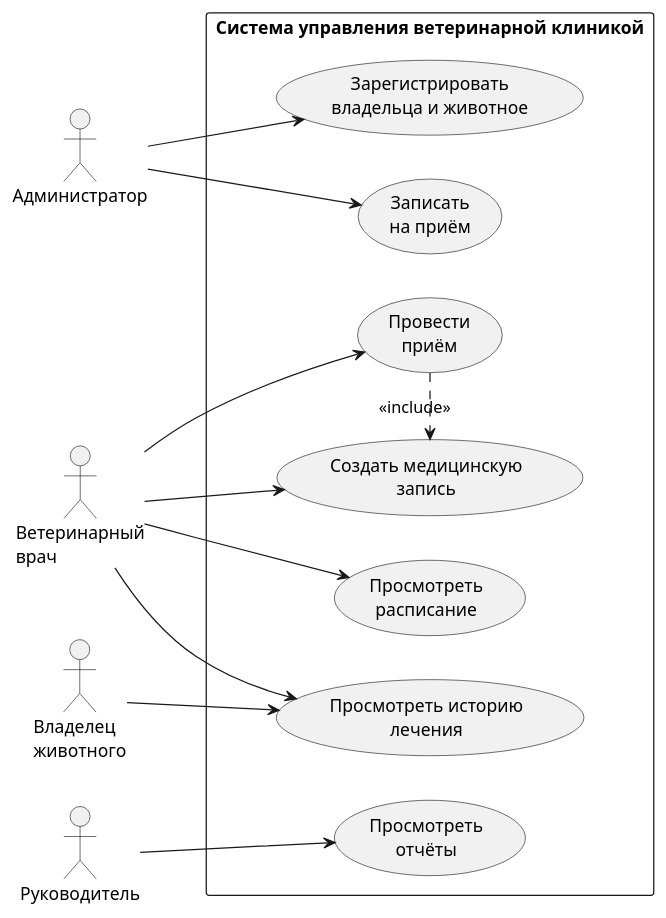
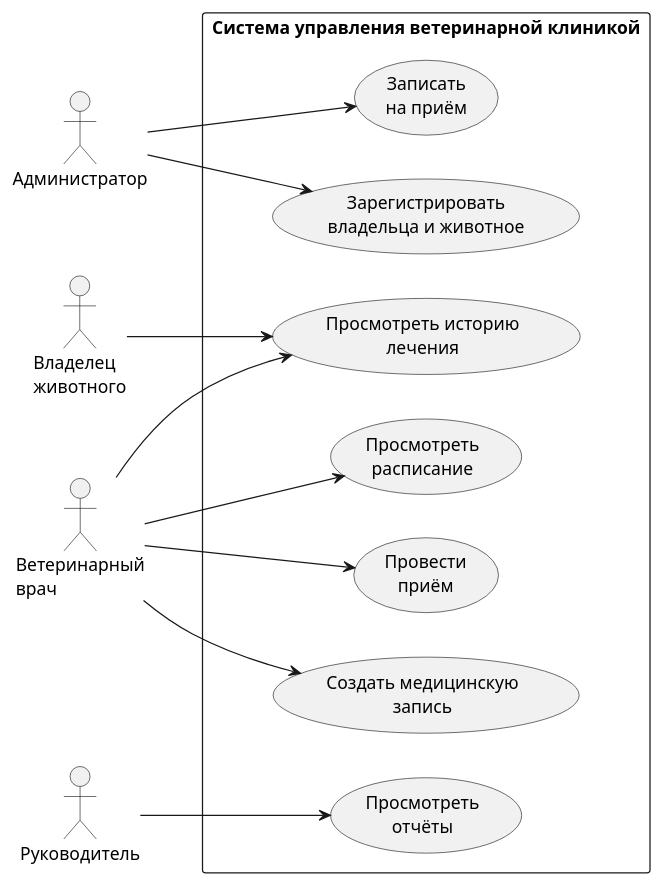
One commit to Skyflam60/ist-lab1- changed the diagram in diagrams/use-cases.puml. Above: the diagram before and after it, drawn with PlantUML.

```diff
--- a/diagrams/use-cases.puml
+++ b/diagrams/use-cases.puml
@@ -1,34 +1,32 @@
 @startuml
 
 left to right direction
 
 actor "Владелец\nживотного" as Owner
 actor "Администратор" as Admin
 actor "Ветеринарный\nврач" as Doctor
 actor "Руководитель" as Manager
 
 rectangle "Система управления ветеринарной клиникой" {
   usecase "Зарегистрировать\nвладельца и животное" as UC1
   usecase "Записать\nна приём" as UC2
   usecase "Просмотреть\nрасписание" as UC3
   usecase "Провести\nприём" as UC4
   usecase "Создать медицинскую\nзапись" as UC5
   usecase "Просмотреть историю\nлечения" as UC6
   usecase "Просмотреть\nотчёты" as UC7
 }
 
 Admin --> UC1
 Admin --> UC2
 
 Doctor --> UC3
 Doctor --> UC4
 Doctor --> UC5
 Doctor --> UC6
 
 Owner --> UC6
 
 Manager --> UC7
 
-UC4 .> UC5 : <<include>>
-
 @endumlDoctor --> UCMySchedule
```
